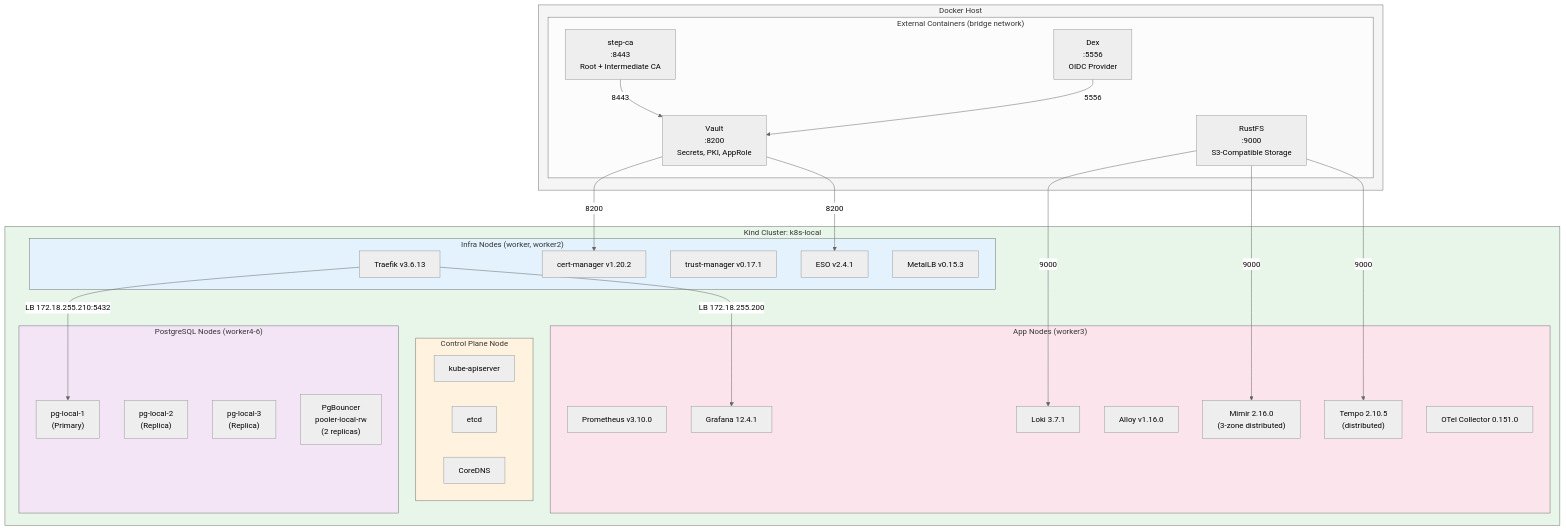
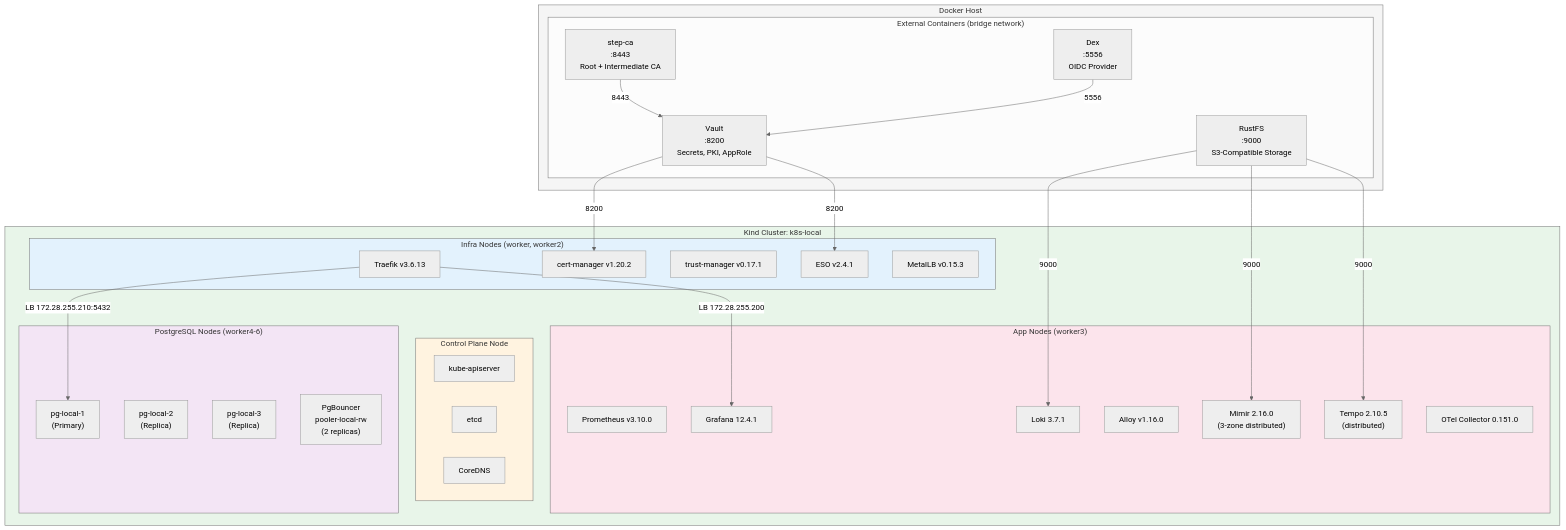
The first of 10 diagrams in docs/stakeholder-guide-devops.md (rmlandvreugd/cnpg-playground), drawn with Mermaid (neutral theme) before and after one commit. The commit also changed other lines of this file and 34 other files, not shown here.

````diff
--- a/docs/stakeholder-guide-devops.md
+++ b/docs/stakeholder-guide-devops.md
@@ -11,62 +11,62 @@
 ```mermaid
 graph TB
     subgraph DockerHost["Docker Host"]
         subgraph ExternalContainers["External Containers (bridge network)"]
             StepCA["step-ca<br/>:8443<br/>Root + Intermediate CA"]
             Vault["Vault<br/>:8200<br/>Secrets, PKI, AppRole"]
             Dex["Dex<br/>:5556<br/>OIDC Provider"]
             RustFS["RustFS<br/>:9000<br/>S3-Compatible Storage"]
         end
     end
 
     subgraph KindCluster["Kind Cluster: k8s-local"]
         subgraph ControlPlane["Control Plane Node"]
             KubeAPI["kube-apiserver"]
             Etcd["etcd"]
             CoreDNS["CoreDNS"]
         end
 
         subgraph InfraNodes["Infra Nodes (worker, worker2)"]
             TraefikPod["Traefik v3.6.13"]
             CertMgrPod["cert-manager v1.20.2"]
             TrustMgrPod["trust-manager v0.17.1"]
             ESOPod["ESO v2.4.1"]
             MetalLBPod["MetalLB v0.15.3"]
         end
 
         subgraph AppNodes["App Nodes (worker3)"]
             PromPod["Prometheus v3.10.0"]
             GrafanaPod["Grafana 12.4.1"]
             LokiPod["Loki 3.7.1"]
             AlloyPod["Alloy v1.16.0"]
             MimirPods["Mimir 2.16.0<br/>(3-zone distributed)"]
             TempoPods["Tempo 2.10.5<br/>(distributed)"]
             OTelPod["OTel Collector 0.151.0"]
         end
 
         subgraph PGNodes["PostgreSQL Nodes (worker4-6)"]
             PG1Pod["pg-local-1<br/>(Primary)"]
             PG2Pod["pg-local-2<br/>(Replica)"]
             PG3Pod["pg-local-3<br/>(Replica)"]
             PoolerPods["PgBouncer<br/>pooler-local-rw<br/>(2 replicas)"]
         end
     end
 
     StepCA -->|8443| Vault
     Vault -->|8200| CertMgrPod
     Vault -->|8200| ESOPod
     Dex -->|5556| Vault
     RustFS -->|9000| MimirPods
     RustFS -->|9000| LokiPod
     RustFS -->|9000| TempoPods
 
-    TraefikPod -->|LB 172.18.255.200| GrafanaPod
-    TraefikPod -->|LB 172.18.255.210:5432| PG1Pod
+    TraefikPod -->|LB 172.28.255.200| GrafanaPod
+    TraefikPod -->|LB 172.28.255.210:5432| PG1Pod
 
     style DockerHost fill:#f5f5f5
     style KindCluster fill:#e8f5e9
     style ControlPlane fill:#fff3e0
     style InfraNodes fill:#e3f2fd
     style AppNodes fill:#fce4ec
     style PGNodes fill:#f3e5f5
 ```
````
